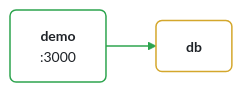
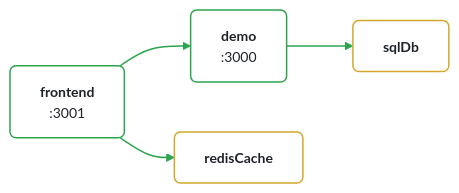
One commit to willtsai/radius-todo-app changed the diagram in README.md. Above: the diagram before and after it, drawn with Mermaid. The commit also changed other lines of this file and 1 other file, not shown here.

Commit message:
docs: update architecture diagram [automated]

````diff
--- a/README.md
+++ b/README.md
@@ -14,13 +15,21 @@
 ```mermaid
 %%{ init: { 'theme': 'base', 'themeVariables': { 'primaryColor': '#ffffff', 'primaryTextColor': '#1f2328', 'primaryBorderColor': '#d1d9e0', 'lineColor': '#2da44e', 'secondaryColor': '#f6f8fa', 'tertiaryColor': '#ffffff', 'background': '#ffffff', 'mainBkg': '#ffffff', 'nodeBorder': '#d1d9e0', 'clusterBkg': '#f6f8fa', 'clusterBorder': '#d1d9e0', 'fontSize': '14px', 'fontFamily': '-apple-system, BlinkMacSystemFont, Segoe UI, Noto Sans, Helvetica, Arial, sans-serif' } } }%%
 graph LR
     classDef container fill:#ffffff,stroke:#2da44e,stroke-width:1.5px,color:#1f2328,rx:6,ry:6
     classDef datastore fill:#ffffff,stroke:#d4a72c,stroke-width:1.5px,color:#1f2328,rx:6,ry:6
     classDef other fill:#ffffff,stroke:#d1d9e0,stroke-width:1.5px,color:#1f2328,rx:6,ry:6
     demo["<b>demo</b><br/>:3000"]:::container
-    db["<b>db</b>"]:::datastore
-    demo --> db
+    frontend["<b>frontend</b><br/>:3001"]:::container
+    redisCache["<b>redisCache</b>"]:::datastore
+    sqlDb["<b>sqlDb</b>"]:::datastore
+    demo --> sqlDb
+    frontend --> demo
+    frontend --> redisCache
     click demo href "https://github.com/willtsai/radius-todo-app/blob/main/app.bicep#L14" "app.bicep:14" _blank
-    click db href "https://github.com/willtsai/radius-todo-app/blob/main/app.bicep#L40" "app.bicep:40" _blank
+    click frontend href "https://github.com/willtsai/radius-todo-app/blob/main/app.bicep#L48" "app.bicep:48" _blank
+    click redisCache href "https://github.com/willtsai/radius-todo-app/blob/main/app.bicep#L71" "app.bicep:71" _blank
+    click sqlDb href "https://github.com/willtsai/radius-todo-app/blob/main/app.bicep#L40" "app.bicep:40" _blank
     linkStyle 0 stroke:#2da44e,stroke-width:1.5px
+    linkStyle 1 stroke:#2da44e,stroke-width:1.5px
+    linkStyle 2 stroke:#2da44e,stroke-width:1.5px
 ```
````
